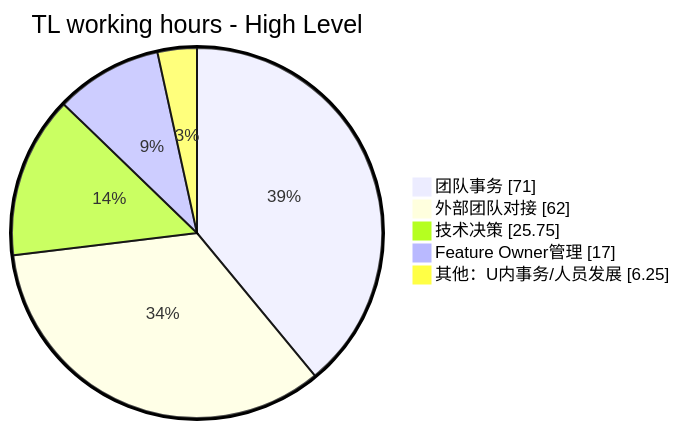
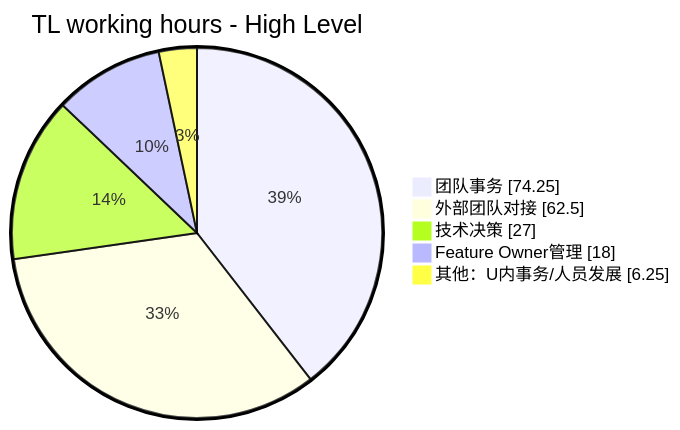
The first of 2 diagrams in _posts/2023-08-05-my-tech-lead-journey-iv.md (EthanLin-TWer/blog), drawn with Mermaid before and after one commit. The commit also changed other lines of this file, not shown here.

````diff
--- a/_posts/2023-08-05-my-tech-lead-journey-iv.md
+++ b/_posts/2023-08-05-my-tech-lead-journey-iv.md
@@ -41,9 +41,9 @@
 ```mermaid
 %%{init: {"pie": {"textPosition": 0.5, "useWidth": 960}, "themeVariables": {"pieOuterStrokeWidth": "3px"}} }%%
 pie showData title TL working hours - High Level
-  "团队事务": 71
-  "外部团队对接": 62
-  "技术决策": 25.75
-  "Feature Owner管理": 17
+  "团队事务": 74.25
+  "外部团队对接": 62.5
+  "技术决策": 27
+  "Feature Owner管理": 18
   "其他：U内事务/人员发展": 6.25
 ```
````
